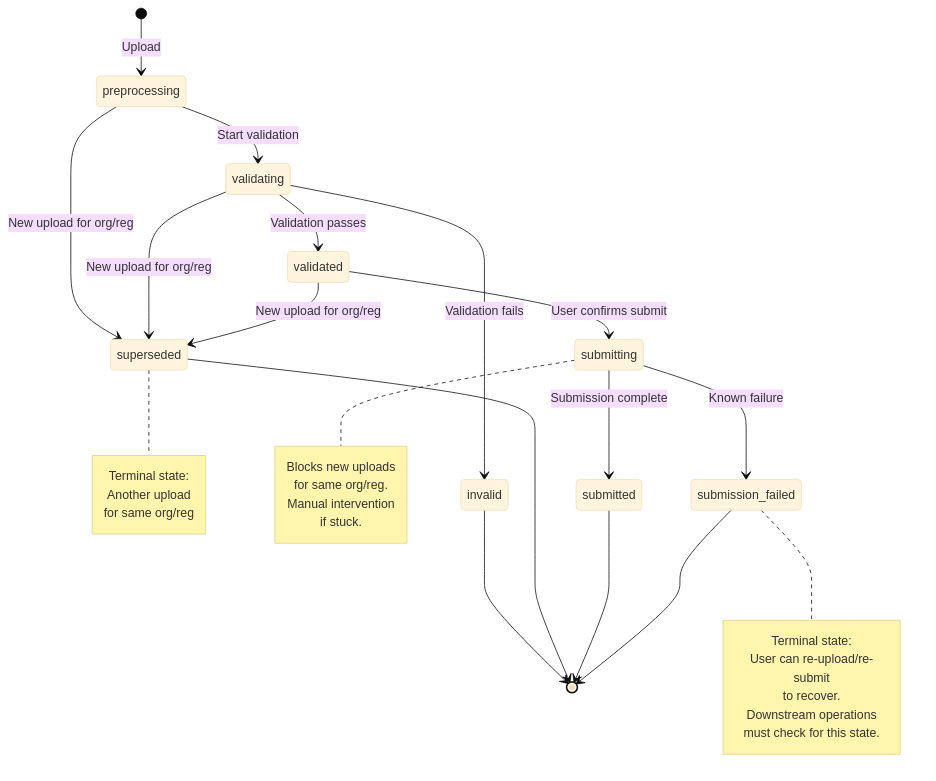
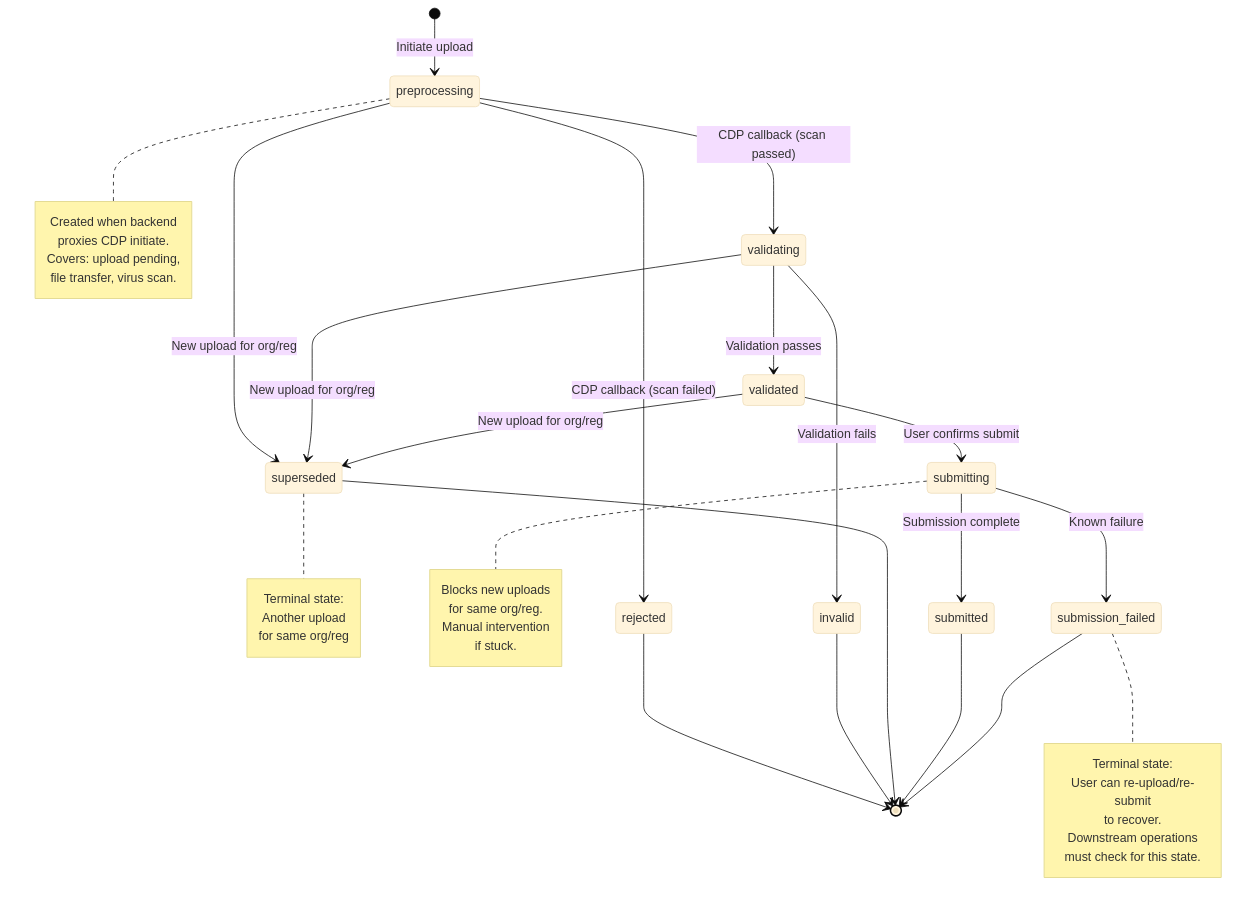
One commit to DEFRA/epr-backend changed the second of 7 diagrams in docs/architecture/defined/summary-log-submission-lld.md. Above: the diagram before and after it, drawn with Mermaid (base theme). The commit also changed 1 other file, not shown here.

Commit message:
docs: Update LLD to show backend proxying CDP upload initiate
- POST /summary-logs now creates entity with 'preprocessing' status before
  proxying to CDP Uploader /initiate endpoint
- Enables tracking uploads from initiation for better visibility
- Removes old /uploaded endpoint (entity now created at initiate time)
- Updates state diagram to show preprocessing as initial state

````diff
--- a/docs/architecture/defined/summary-log-submission-lld.md
+++ b/docs/architecture/defined/summary-log-submission-lld.md
@@ -88,40 +88,49 @@
 ```mermaid
 stateDiagram-v2
-    [*] --> preprocessing: Upload
-    preprocessing --> validating: Start validation
+    [*] --> preprocessing: Initiate upload
+    preprocessing --> validating: CDP callback (scan passed)
+    preprocessing --> rejected: CDP callback (scan failed)
     validating --> validated: Validation passes
     validating --> invalid: Validation fails
     validated --> submitting: User confirms submit
     submitting --> submitted: Submission complete
     submitting --> submission_failed: Known failure
 
     preprocessing --> superseded: New upload for org/reg
     validating --> superseded: New upload for org/reg
     validated --> superseded: New upload for org/reg
 
+    rejected --> [*]
     invalid --> [*]
     superseded --> [*]
     submitted --> [*]
     submission_failed --> [*]
+
+    note right of preprocessing
+        Created when backend
+        proxies CDP initiate.
+        Covers: upload pending,
+        file transfer, virus scan.
+    end note
 
     note right of superseded
         Terminal state:
         Another upload
         for same org/reg
     end note
 
     note right of submitting
         Blocks new uploads
         for same org/reg.
         Manual intervention
         if stuck.
     end note
 
     note right of submission_failed
         Terminal state:
         User can re-upload/re-submit
         to recover.
         Downstream operations
         must check for this state.
     end note
 ```
````
